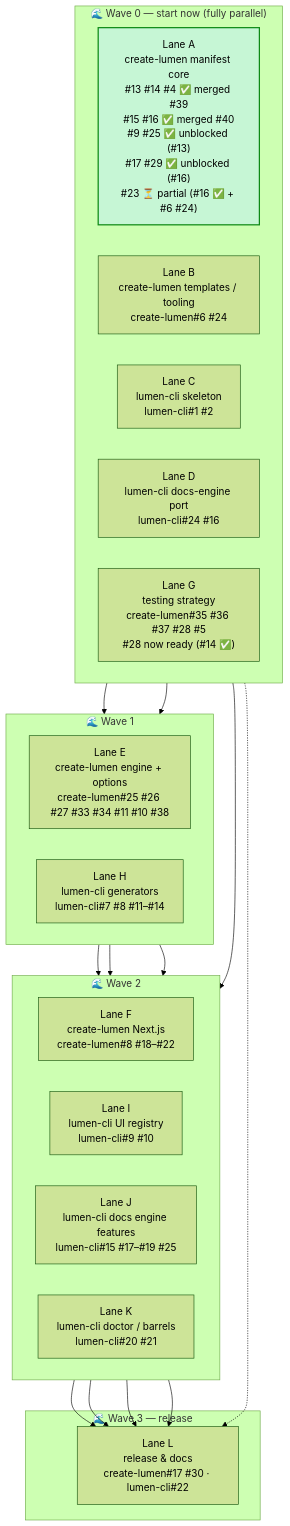
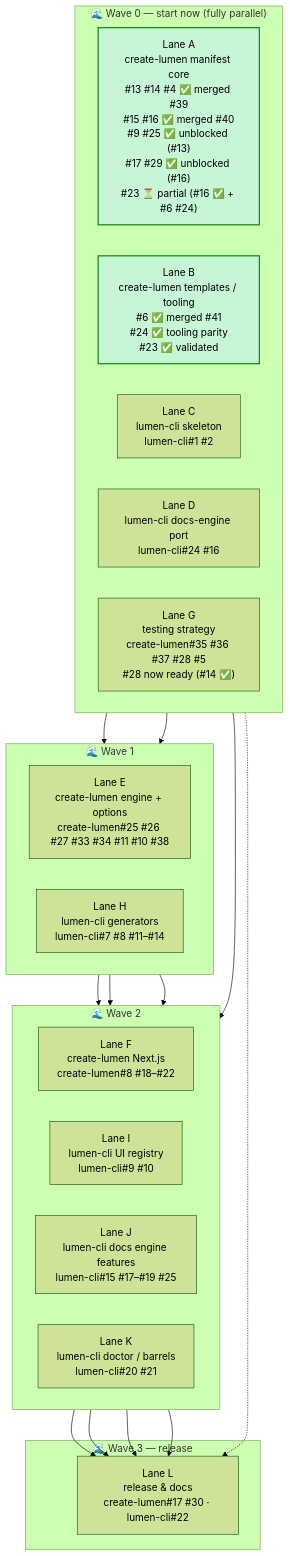
Before and after one commit to LUMEN-SH/create-lumen: the third of 5 diagrams in docs/PLAN.md, drawn with Mermaid (forest theme). The commit also changed other lines of this file and 12 other files, not shown here.

First line of the commit message:
feat: tooling parity across linter and formatter combos (#24, #23)

````diff
--- a/docs/PLAN.md
+++ b/docs/PLAN.md
@@ -137,42 +141,43 @@
 ```mermaid
 flowchart TB
     subgraph W0["🌊 Wave 0 — start now (fully parallel)"]
         direction LR
         LaneA["Lane A<br/>create-lumen manifest core<br/>#13 #14 #4 ✅ merged #39<br/>#15 #16 ✅ merged #40<br/>#9 #25 ✅ unblocked (#13)<br/>#17 #29 ✅ unblocked (#16)<br/>#23 ⏳ partial (#16 ✅ + #6 #24)"]
-        LaneB["Lane B<br/>create-lumen templates / tooling<br/>create-lumen#6 #24"]
+        LaneB["Lane B<br/>create-lumen templates / tooling<br/>#6 ✅ merged #41<br/>#24 ✅ tooling parity<br/>#23 ✅ validated"]
         LaneC["Lane C<br/>lumen-cli skeleton<br/>lumen-cli#1 #2"]
         LaneD["Lane D<br/>lumen-cli docs-engine port<br/>lumen-cli#24 #16"]
         LaneG["Lane G<br/>testing strategy<br/>create-lumen#35 #36 #37 #28 #5<br/>#28 now ready (#14 ✅)"]
     end
 
     subgraph W1["🌊 Wave 1"]
         direction LR
         LaneE["Lane E<br/>create-lumen engine + options<br/>create-lumen#25 #26 #27 #33 #34 #11 #10 #38"]
         LaneH["Lane H<br/>lumen-cli generators<br/>lumen-cli#7 #8 #11–#14"]
     end
 
     subgraph W2["🌊 Wave 2"]
         direction LR
         LaneF["Lane F<br/>create-lumen Next.js<br/>create-lumen#8 #18–#22"]
         LaneI["Lane I<br/>lumen-cli UI registry<br/>lumen-cli#9 #10"]
         LaneJ["Lane J<br/>lumen-cli docs engine features<br/>lumen-cli#15 #17–#19 #25"]
         LaneK["Lane K<br/>lumen-cli doctor / barrels<br/>lumen-cli#20 #21"]
     end
 
     subgraph W3["🌊 Wave 3 — release"]
         LaneL["Lane L<br/>release &amp; docs<br/>create-lumen#17 #30 · lumen-cli#22"]
     end
 
     LaneA --> LaneE --> LaneF
     LaneC --> LaneH
     LaneH --> LaneI
     LaneH --> LaneK
     LaneD --> LaneJ
     LaneG -.-> LaneL
     LaneF --> LaneL
     LaneI --> LaneL
     LaneJ --> LaneL
     LaneK --> LaneL
 
     style LaneA fill:#c6f6d5,stroke:#0e8a16,stroke-width:2px
+    style LaneB fill:#c6f6d5,stroke:#0e8a16,stroke-width:2px
 ```
````
